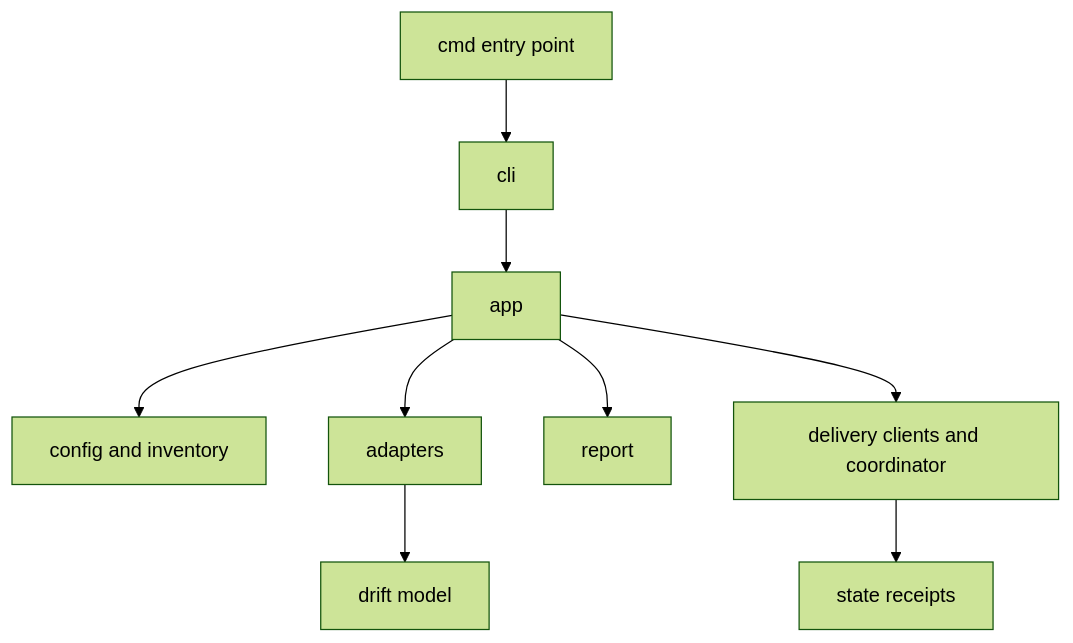
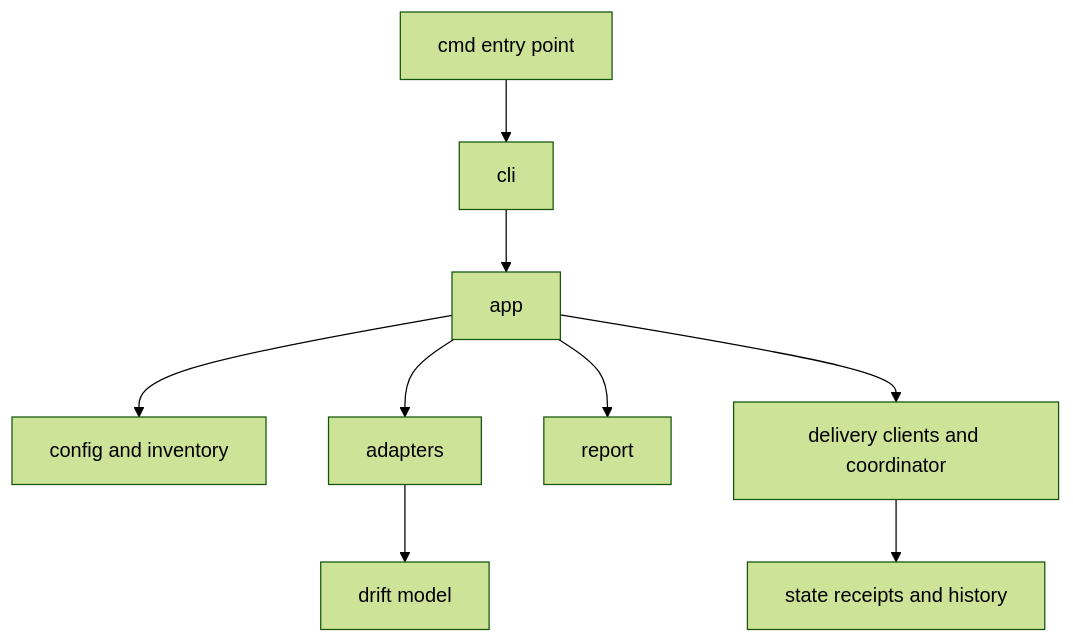
Before and after one commit to iamunnip/infra-drift-watch: the diagram in docs/arc42/05-building-blocks.md, drawn with Mermaid (forest theme). The commit also changed 46 other files, not shown here.

````diff
--- a/docs/arc42/05-building-blocks.md
+++ b/docs/arc42/05-building-blocks.md
@@ -5,11 +5,11 @@
 ```mermaid
 flowchart TD
     Main[cmd entry point] --> CLI[cli]
     CLI --> App[app]
     App --> Config[config and inventory]
     App --> Adapters[adapters]
     Adapters --> Drift[drift model]
     App --> Report[report]
     App --> Delivery[delivery clients and coordinator]
-    Delivery --> State[state receipts]
+    Delivery --> State[state receipts and history]
 ```
````
